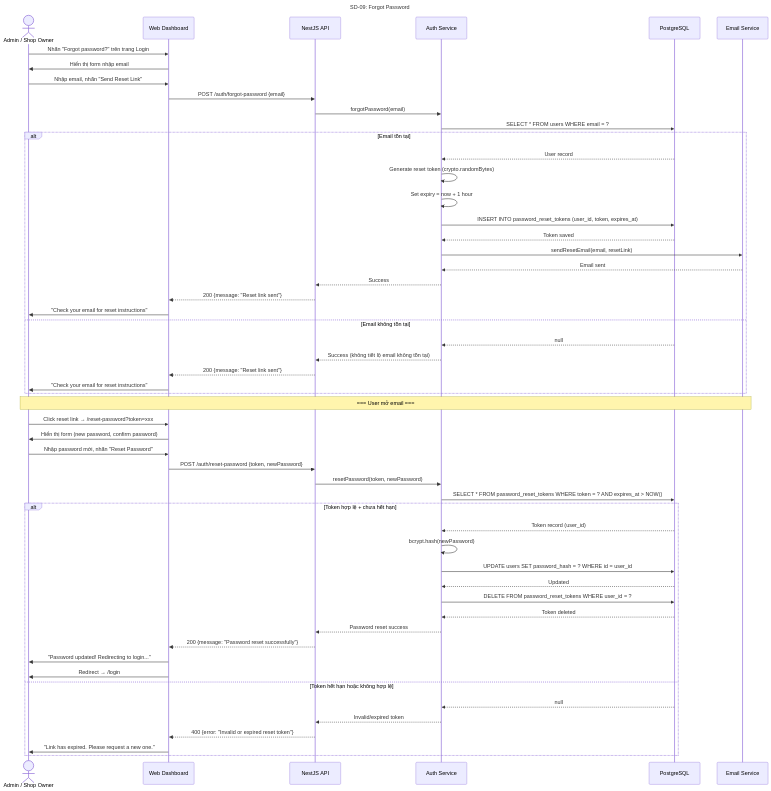
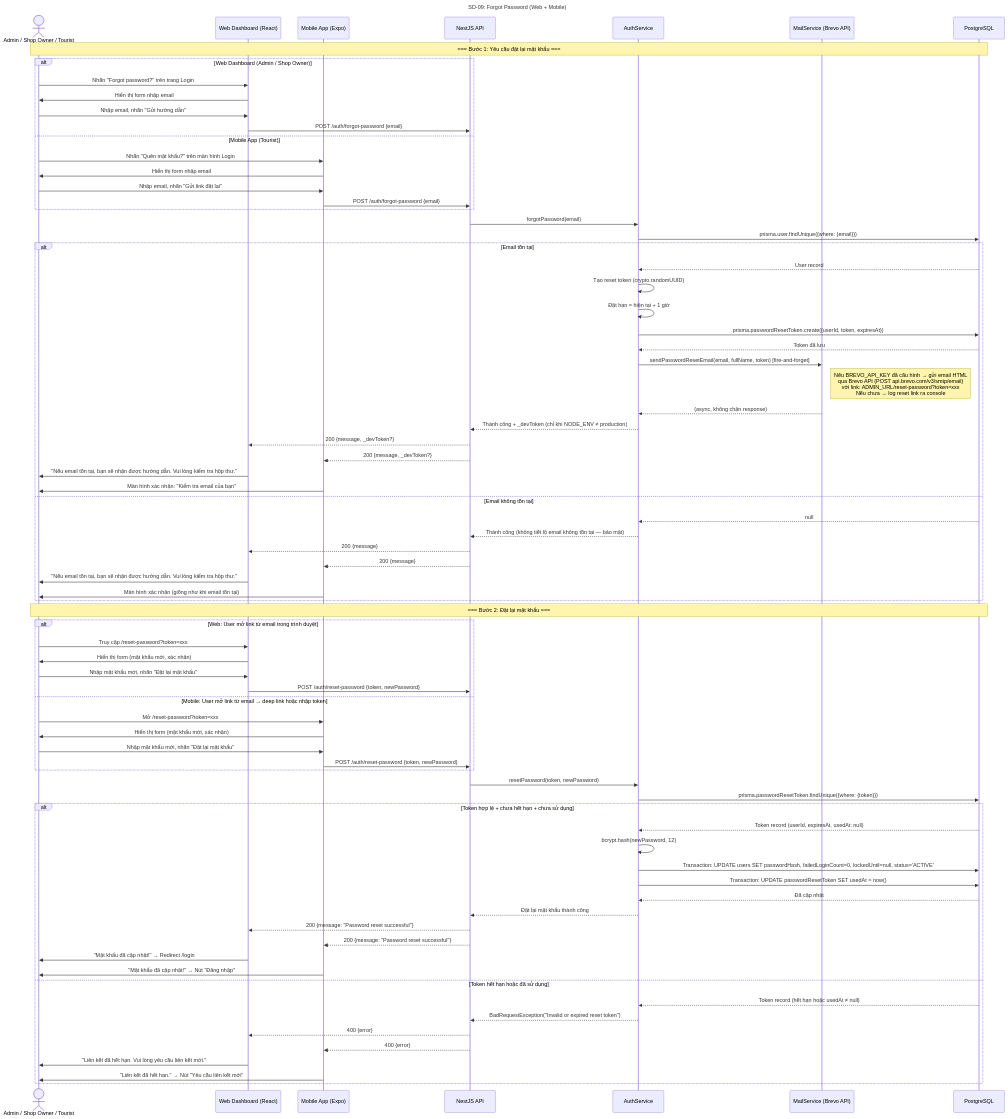
The ninth of 28 diagrams in docs/step3_prd/15_sequence_diagrams.md (Ttuandatt/Seminar), drawn with Mermaid before and after one commit. The commit also changed other lines of this file and 19 other files, not shown here.

First line of the commit message:
feat(auth): implement forgot/reset password with Brevo email service

````diff
--- a/docs/step3_prd/15_sequence_diagrams.md
+++ b/docs/step3_prd/15_sequence_diagrams.md
@@ -434,62 +474,88 @@
 ```mermaid
 sequenceDiagram
-    title SD-09: Forgot Password
-    actor User as Admin / Shop Owner
-    participant UI as Web Dashboard
+    title SD-09: Forgot Password (Web + Mobile)
+    actor User as Admin / Shop Owner / Tourist
+    participant WebUI as Web Dashboard (React)
+    participant MobileUI as Mobile App (Expo)
     participant API as NestJS API
-    participant Auth as Auth Service
+    participant Auth as AuthService
+    participant Mail as MailService (Brevo API)
     participant DB as PostgreSQL
-    participant Email as Email Service
 
-    User->>UI: Nhấn "Forgot password?" trên trang Login
-    UI->>User: Hiển thị form nhập email
+    Note over User, DB: === Bước 1: Yêu cầu đặt lại mật khẩu ===
 
-    User->>UI: Nhập email, nhấn "Send Reset Link"
-    UI->>API: POST /auth/forgot-password {email}
+    alt Web Dashboard (Admin / Shop Owner)
+        User->>WebUI: Nhấn "Forgot password?" trên trang Login
+        WebUI->>User: Hiển thị form nhập email
+        User->>WebUI: Nhập email, nhấn "Gửi hướng dẫn"
+        WebUI->>API: POST /auth/forgot-password {email}
+    else Mobile App (Tourist)
+        User->>MobileUI: Nhấn "Quên mật khẩu?" trên màn hình Login
+        MobileUI->>User: Hiển thị form nhập email
+        User->>MobileUI: Nhập email, nhấn "Gửi link đặt lại"
+        MobileUI->>API: POST /auth/forgot-password {email}
+    end
+
     API->>Auth: forgotPassword(email)
-    Auth->>DB: SELECT * FROM users WHERE email = ?
+    Auth->>DB: prisma.user.findUnique({where: {email}})
 
     alt Email tồn tại
         DB-->>Auth: User record
-        Auth->>Auth: Generate reset token (crypto.randomBytes)
-        Auth->>Auth: Set expiry = now + 1 hour
-        Auth->>DB: INSERT INTO password_reset_tokens (user_id, token, expires_at)
-        DB-->>Auth: Token saved
-        Auth->>Email: sendResetEmail(email, resetLink)
-        Email-->>Auth: Email sent
-        Auth-->>API: Success
-        API-->>UI: 200 {message: "Reset link sent"}
-        UI->>User: "Check your email for reset instructions"
+        Auth->>Auth: Tạo reset token (crypto.randomUUID)
+        Auth->>Auth: Đặt hạn = hiện tại + 1 giờ
+        Auth->>DB: prisma.passwordResetToken.create({userId, token, expiresAt})
+        DB-->>Auth: Token đã lưu
+        Auth->>Mail: sendPasswordResetEmail(email, fullName, token) [fire-and-forget]
+        Note right of Mail: Nếu BREVO_API_KEY đã cấu hình → gửi email HTML<br/>qua Brevo API (POST api.brevo.com/v3/smtp/email)<br/>với link: ADMIN_URL/reset-password?token=xxx<br/>Nếu chưa → log reset link ra console
+        Mail-->>Auth: (async, không chặn response)
+        Auth-->>API: Thành công + _devToken (chỉ khi NODE_ENV ≠ production)
+        API-->>WebUI: 200 {message, _devToken?}
+        API-->>MobileUI: 200 {message, _devToken?}
+        WebUI->>User: "Nếu email tồn tại, bạn sẽ nhận được hướng dẫn. Vui lòng kiểm tra hộp thư."
+        MobileUI->>User: Màn hình xác nhận: "Kiểm tra email của bạn"
     else Email không tồn tại
         DB-->>Auth: null
-        Auth-->>API: Success (không tiết lộ email không tồn tại)
-        API-->>UI: 200 {message: "Reset link sent"}
-        UI->>User: "Check your email for reset instructions"
+        Auth-->>API: Thành công (không tiết lộ email không tồn tại — bảo mật)
+        API-->>WebUI: 200 {message}
+        API-->>MobileUI: 200 {message}
+        WebUI->>User: "Nếu email tồn tại, bạn sẽ nhận được hướng dẫn. Vui lòng kiểm tra hộp thư."
+        MobileUI->>User: Màn hình xác nhận (giống như khi email tồn tại)
     end
 
-    Note over User, Email: === User mở email ===
-    User->>UI: Click reset link → /reset-password?token=xxx
-    UI->>User: Hiển thị form (new password, confirm password)
-    User->>UI: Nhập password mới, nhấn "Reset Password"
-    UI->>API: POST /auth/reset-password {token, newPassword}
+    Note over User, DB: === Bước 2: Đặt lại mật khẩu ===
+
+    alt Web: User mở link từ email trong trình duyệt
+        User->>WebUI: Truy cập /reset-password?token=xxx
+        WebUI->>User: Hiển thị form (mật khẩu mới, xác nhận)
+        User->>WebUI: Nhập mật khẩu mới, nhấn "Đặt lại mật khẩu"
+        WebUI->>API: POST /auth/reset-password {token, newPassword}
+    else Mobile: User mở link từ email → deep link hoặc nhập token
+        User->>MobileUI: Mở /reset-password?token=xxx
+        MobileUI->>User: Hiển thị form (mật khẩu mới, xác nhận)
+        User->>MobileUI: Nhập mật khẩu mới, nhấn "Đặt lại mật khẩu"
+        MobileUI->>API: POST /auth/reset-password {token, newPassword}
+    end
+
     API->>Auth: resetPassword(token, newPassword)
-    Auth->>DB: SELECT * FROM password_reset_tokens WHERE token = ? AND expires_at > NOW()
+    Auth->>DB: prisma.passwordResetToken.findUnique({where: {token}})
 
-    alt Token hợp lệ + chưa hết hạn
-        DB-->>Auth: Token record (user_id)
-        Auth->>Auth: bcrypt.hash(newPassword)
-        Auth->>DB: UPDATE users SET password_hash = ? WHERE id = user_id
-        DB-->>Auth: Updated
-        Auth->>DB: DELETE FROM password_reset_tokens WHERE user_id = ?
-        DB-->>Auth: Token deleted
-        Auth-->>API: Password reset success
-        API-->>UI: 200 {message: "Password reset successfully"}
-        UI->>User: "Password updated! Redirecting to login..."
-        UI->>User: Redirect → /login
-    else Token hết hạn hoặc không hợp lệ
-        DB-->>Auth: null
-        Auth-->>API: Invalid/expired token
-        API-->>UI: 400 {error: "Invalid or expired reset token"}
-        UI->>User: "Link has expired. Please request a new one."
+    alt Token hợp lệ + chưa hết hạn + chưa sử dụng
+        DB-->>Auth: Token record (userId, expiresAt, usedAt: null)
+        Auth->>Auth: bcrypt.hash(newPassword, 12)
+        Auth->>DB: Transaction: UPDATE users SET passwordHash, failedLoginCount=0, lockedUntil=null, status='ACTIVE'
+        Auth->>DB: Transaction: UPDATE passwordResetToken SET usedAt = now()
+        DB-->>Auth: Đã cập nhật
+        Auth-->>API: Đặt lại mật khẩu thành công
+        API-->>WebUI: 200 {message: "Password reset successful"}
+        API-->>MobileUI: 200 {message: "Password reset successful"}
+        WebUI->>User: "Mật khẩu đã cập nhật!" → Redirect /login
+        MobileUI->>User: "Mật khẩu đã cập nhật!" → Nút "Đăng nhập"
+    else Token hết hạn hoặc đã sử dụng
+        DB-->>Auth: Token record (hết hạn hoặc usedAt ≠ null)
+        Auth-->>API: BadRequestException("Invalid or expired reset token")
+        API-->>WebUI: 400 {error}
+        API-->>MobileUI: 400 {error}
+        WebUI->>User: "Liên kết đã hết hạn. Vui lòng yêu cầu liên kết mới."
+        MobileUI->>User: "Liên kết đã hết hạn." → Nút "Yêu cầu liên kết mới"
     end
 ```
````
